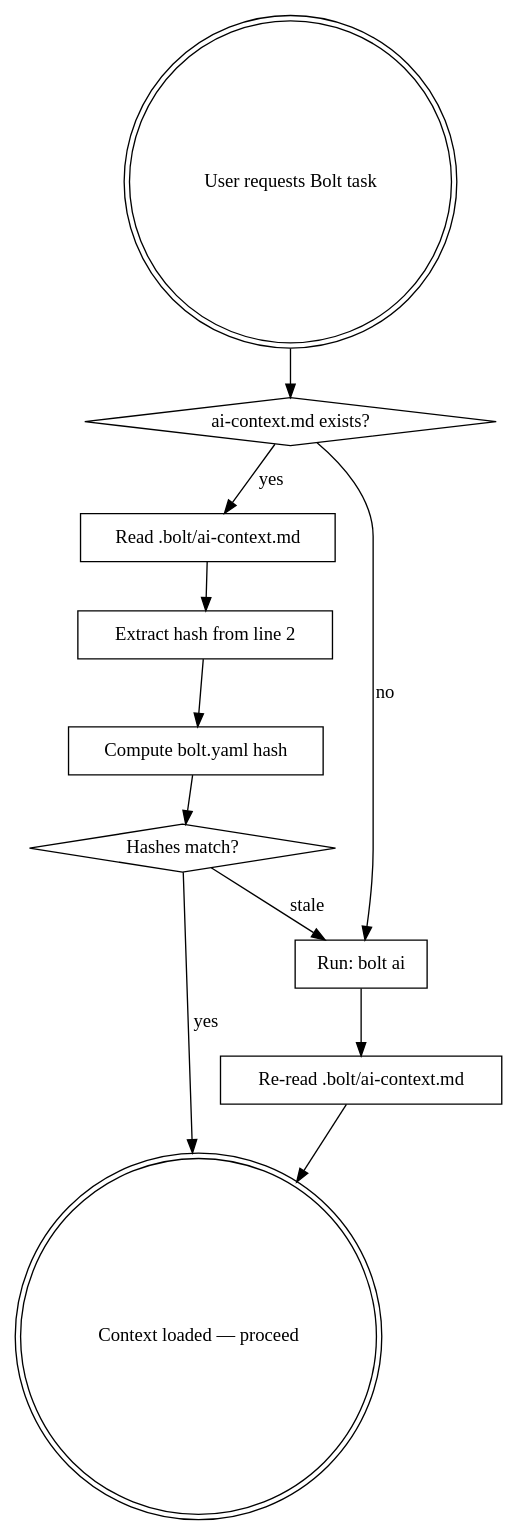
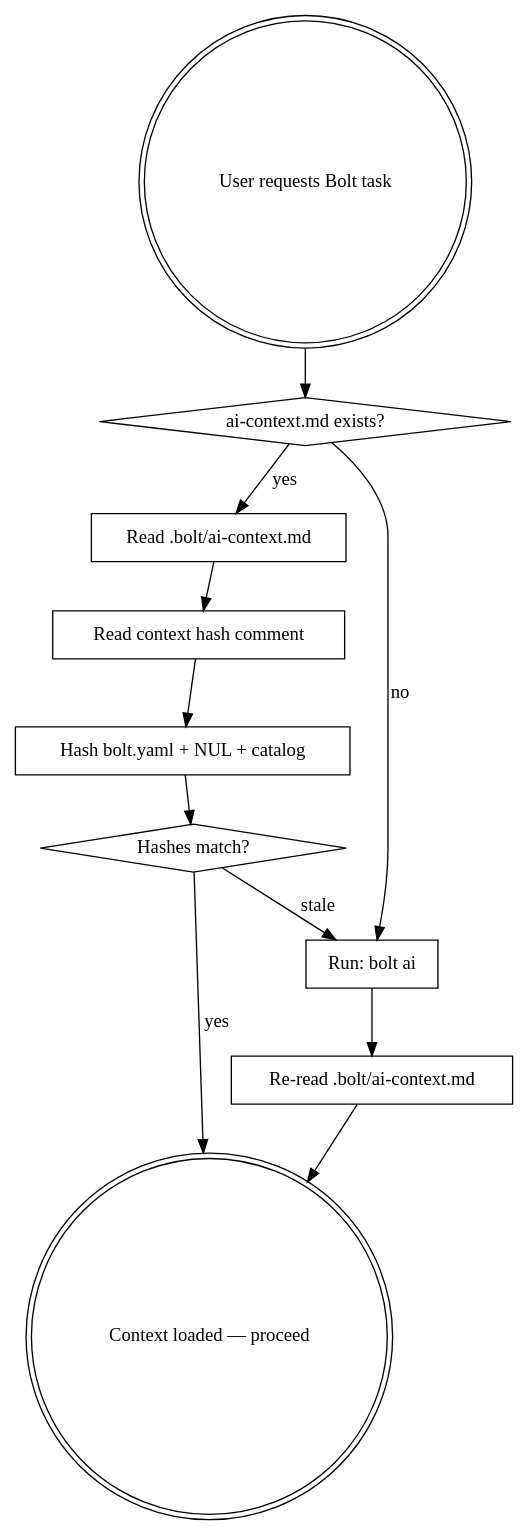
One commit to jukrb0x/Bolt changed the diagram in skills/boltstack/SKILL.md. Above: the diagram before and after it, drawn with Graphviz. The commit also changed other lines of this file, not shown here.

First line of the commit message:
docs: teach bolt skill the context hash

````diff
--- a/skills/boltstack/SKILL.md
+++ b/skills/boltstack/SKILL.md
@@ -14,25 +14,25 @@
 ```dot
 digraph context_loading {
   rankdir=TB;
   "User requests Bolt task" [shape=doublecircle];
   "ai-context.md exists?" [shape=diamond];
   "Read .bolt/ai-context.md" [shape=box];
-  "Extract hash from line 2" [shape=box];
-  "Compute bolt.yaml hash" [shape=box];
+  "Read context hash comment" [shape=box];
+  "Hash bolt.yaml + NUL + catalog" [shape=box];
   "Hashes match?" [shape=diamond];
   "Run: bolt ai" [shape=box];
   "Re-read .bolt/ai-context.md" [shape=box];
   "Context loaded — proceed" [shape=doublecircle];
 
   "User requests Bolt task" -> "ai-context.md exists?";
   "ai-context.md exists?" -> "Read .bolt/ai-context.md" [label="yes"];
   "ai-context.md exists?" -> "Run: bolt ai" [label="no"];
-  "Read .bolt/ai-context.md" -> "Extract hash from line 2";
-  "Extract hash from line 2" -> "Compute bolt.yaml hash";
-  "Compute bolt.yaml hash" -> "Hashes match?";
+  "Read .bolt/ai-context.md" -> "Read context hash comment";
+  "Read context hash comment" -> "Hash bolt.yaml + NUL + catalog";
+  "Hash bolt.yaml + NUL + catalog" -> "Hashes match?";
   "Hashes match?" -> "Context loaded — proceed" [label="yes"];
   "Hashes match?" -> "Run: bolt ai" [label="stale"];
   "Run: bolt ai" -> "Re-read .bolt/ai-context.md";
   "Re-read .bolt/ai-context.md" -> "Context loaded — proceed";
 }
 ```
````
